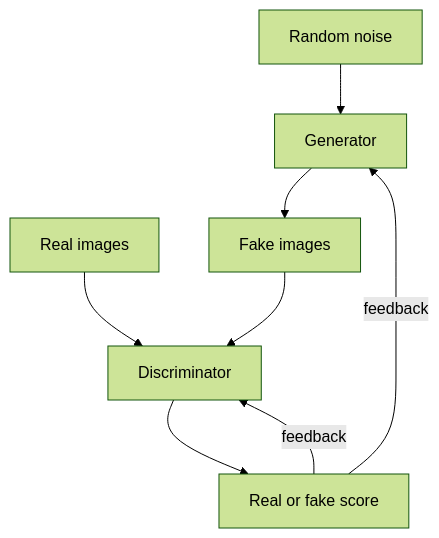
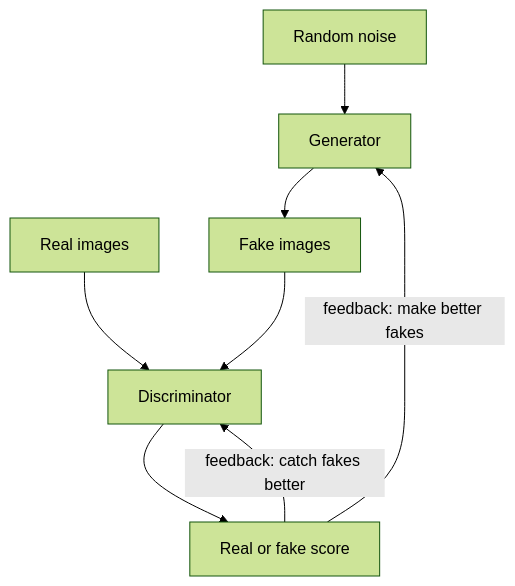
Before and after one commit to kaisarnajar/outcome-school-blogs: the first of 2 diagrams in notes/step-15-multimodal-ai-and-generative-models/179-generative-adversarial-networks.md, drawn with Mermaid (forest theme). The commit also changed other lines of this file and 233 other files, not shown here.

````diff
--- a/notes/step-15-multimodal-ai-and-generative-models/179-generative-adversarial-networks.md
+++ b/notes/step-15-multimodal-ai-and-generative-models/179-generative-adversarial-networks.md
@@ -45,10 +75,10 @@
 ```mermaid
 flowchart TD
-    N["Random noise"] --> G["Generator"]
-    G --> F["Fake images"]
-    R["Real images"] --> D["Discriminator"]
-    F --> D
-    D --> S["Real or fake score"]
-    S -->|"feedback"| D
-    S -->|"feedback"| G
+    Z1["Random noise"] --> G1["Generator"]
+    G1 --> F1["Fake images"]
+    R1["Real images"] --> D1["Discriminator"]
+    F1 --> D1
+    D1 --> S1["Real or fake score"]
+    S1 -->|"feedback: catch fakes better"| D1
+    S1 -->|"feedback: make better fakes"| G1
 ```
````
